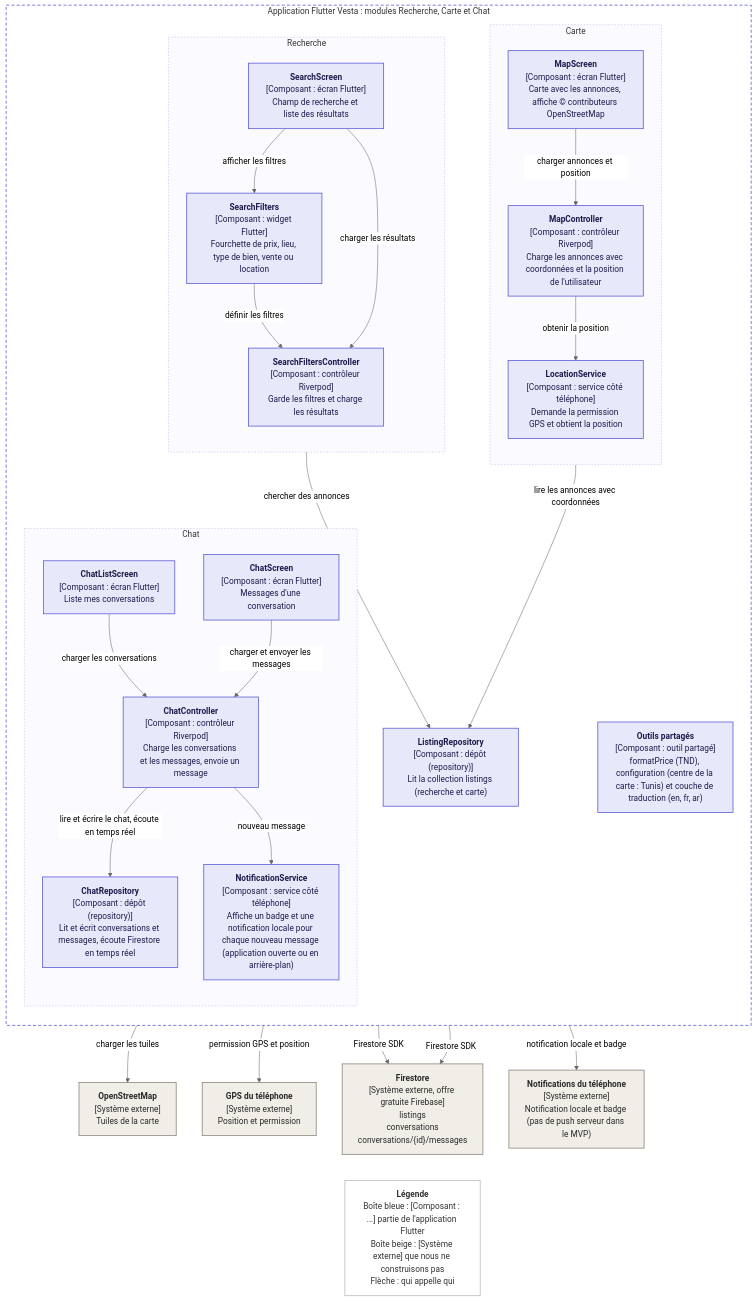
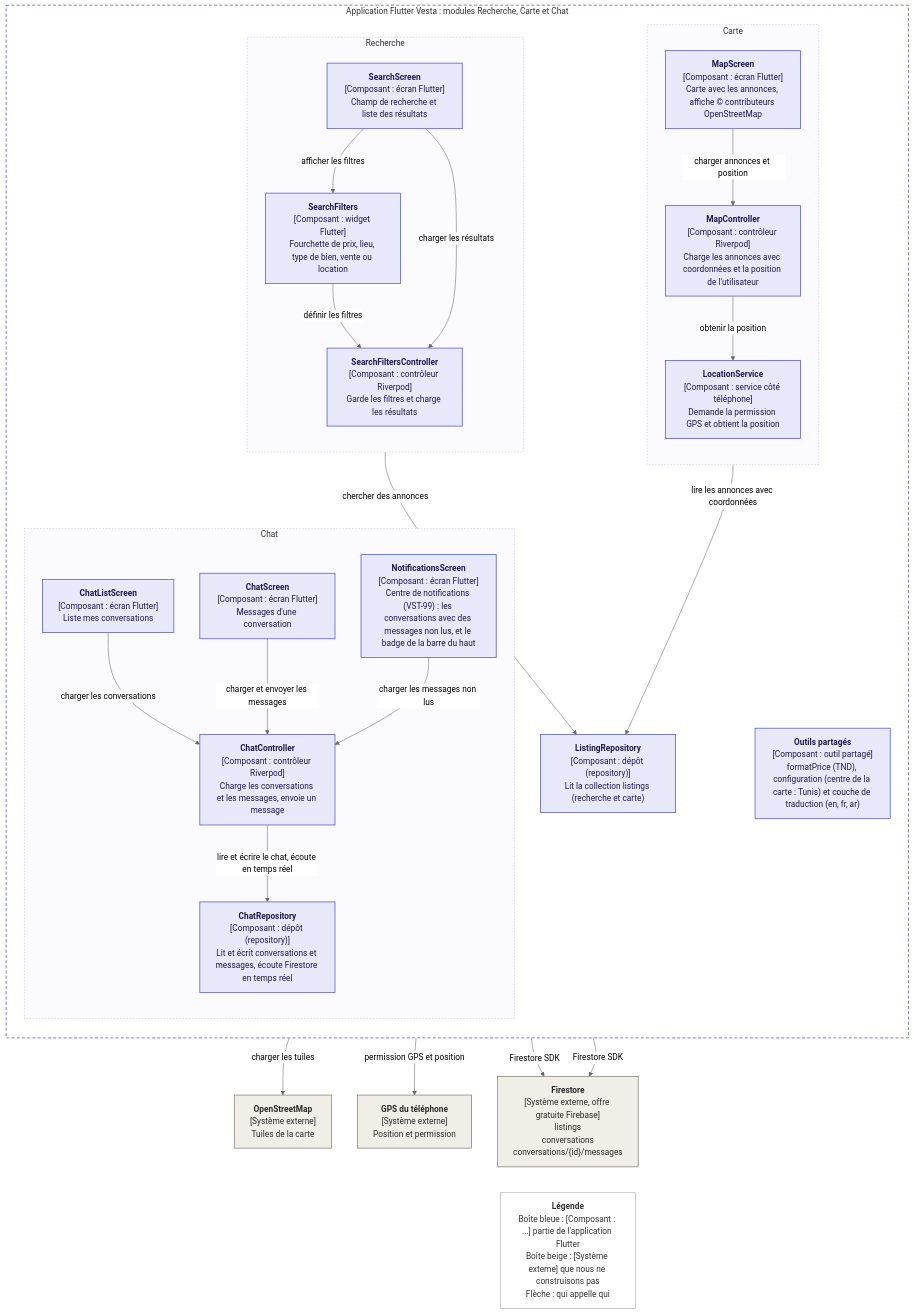
The diagram in docs/c4/level3-search-map-chat.mmd (saadaouiMahmoud55/vesta), drawn with Mermaid (neutral theme) before and after one commit. The commit also changed 5 other files, not shown here.

Commit message:
docs: remplace NotificationService par le centre de notifications réel (VST-99), séquence du message via ChatRepository

```diff
--- a/docs/c4/level3-search-map-chat.mmd
+++ b/docs/c4/level3-search-map-chat.mmd
@@ -1,68 +1,66 @@
 %% C4 niveau 3 : composants Recherche, Carte et Chat de l'application Flutter (VST-29)
 %% Règle : Écran -> Contrôleur -> Dépôt -> Firebase. Un écran ne parle jamais à Firebase directement.
 flowchart TB
   OSM["<b>OpenStreetMap</b><br/>[Système externe]<br/>Tuiles de la carte"]
 
   subgraph APP["Application Flutter Vesta : modules Recherche, Carte et Chat"]
     direction TB
     subgraph MAPM["Carte"]
       direction TB
       MapScreen["<b>MapScreen</b><br/>[Composant : écran Flutter]<br/>Carte avec les annonces, affiche © contributeurs OpenStreetMap"]
       MapC["<b>MapController</b><br/>[Composant : contrôleur Riverpod]<br/>Charge les annonces avec coordonnées et la position de l'utilisateur"]
       Location["<b>LocationService</b><br/>[Composant : service côté téléphone]<br/>Demande la permission GPS et obtient la position"]
     end
     subgraph SEARCHM["Recherche"]
       direction TB
       SearchScreen["<b>SearchScreen</b><br/>[Composant : écran Flutter]<br/>Champ de recherche et liste des résultats"]
       Filters["<b>SearchFilters</b><br/>[Composant : widget Flutter]<br/>Fourchette de prix, lieu, type de bien, vente ou location"]
       SearchC["<b>SearchFiltersController</b><br/>[Composant : contrôleur Riverpod]<br/>Garde les filtres et charge les résultats"]
     end
     subgraph CHATM["Chat"]
       direction TB
       ChatListScreen["<b>ChatListScreen</b><br/>[Composant : écran Flutter]<br/>Liste mes conversations"]
       ChatScreen["<b>ChatScreen</b><br/>[Composant : écran Flutter]<br/>Messages d'une conversation"]
       ChatC["<b>ChatController</b><br/>[Composant : contrôleur Riverpod]<br/>Charge les conversations et les messages, envoie un message"]
       ChatR["<b>ChatRepository</b><br/>[Composant : dépôt (repository)]<br/>Lit et écrit conversations et messages, écoute Firestore en temps réel"]
-      Notif["<b>NotificationService</b><br/>[Composant : service côté téléphone]<br/>Affiche un badge et une notification locale pour chaque nouveau message (application ouverte ou en arrière-plan)"]
+      Notif["<b>NotificationsScreen</b><br/>[Composant : écran Flutter]<br/>Centre de notifications (VST-99) : les conversations avec des messages non lus, et le badge de la barre du haut"]
     end
     ListR["<b>ListingRepository</b><br/>[Composant : dépôt (repository)]<br/>Lit la collection listings (recherche et carte)"]
     Shared["<b>Outils partagés</b><br/>[Composant : outil partagé]<br/>formatPrice (TND), configuration (centre de la carte : Tunis) et couche de traduction (en, fr, ar)"]
   end
 
   GPS["<b>GPS du téléphone</b><br/>[Système externe]<br/>Position et permission"]
   FStore["<b>Firestore</b><br/>[Système externe, offre gratuite Firebase]<br/>listings<br/>conversations<br/>conversations/{id}/messages"]
-  PhoneNotif["<b>Notifications du téléphone</b><br/>[Système externe]<br/>Notification locale et badge (pas de push serveur dans le MVP)"]
 
   Legend["<b>Légende</b><br/>Boîte bleue : [Composant : ...] partie de l'application Flutter<br/>Boîte beige : [Système externe] que nous ne construisons pas<br/>Flèche : qui appelle qui"]
 
   MapScreen -->|"charger les tuiles"| OSM
   MapScreen -->|"charger annonces et position"| MapC
   MapC -->|"obtenir la position"| Location
   SearchScreen -->|"afficher les filtres"| Filters
   Filters -->|"définir les filtres"| SearchC
   SearchScreen -->|"charger les résultats"| SearchC
   ChatListScreen -->|"charger les conversations"| ChatC
   ChatScreen -->|"charger et envoyer les messages"| ChatC
 
   MapC -->|"lire les annonces avec coordonnées"| ListR
   SearchC -->|"chercher des annonces"| ListR
   ChatC -->|"lire et écrire le chat, écoute en temps réel"| ChatR
-  ChatC -->|"nouveau message"| Notif
+  Notif -->|"charger les messages non lus"| ChatC
 
   Location -->|"permission GPS et position"| GPS
   ListR -->|"Firestore SDK"| FStore
   ChatR -->|"Firestore SDK"| FStore
-  Notif -->|"notification locale et badge"| PhoneNotif
 
   FStore ~~~ Legend
 
   classDef component fill:#e8e8fb,stroke:#5b5bd6,stroke-width:1.5px,color:#1c1c4a;
   classDef external fill:#f1eee8,stroke:#8a8578,stroke-width:1.5px,color:#2a2a2a;
   classDef legend fill:#ffffff,stroke:#999999,stroke-width:1px,color:#333333;
   class SearchScreen,MapScreen,ChatListScreen,ChatScreen,Shared,Filters,SearchC,MapC,ChatC,Location,ListR,ChatR,Notif component;
-  class OSM,GPS,FStore,PhoneNotif external;
+  class OSM,GPS,FStore external;
   class Legend legend;
   style APP fill:#ffffff,stroke:#5b5bd6,stroke-width:1.5px,stroke-dasharray:6 4;
   style MAPM fill:#fbfbff,stroke:#b9b9ea,stroke-dasharray:3 3;
   style SEARCHM fill:#fbfbff,stroke:#b9b9ea,stroke-dasharray:3 3;
   style CHATM fill:#fbfbff,stroke:#b9b9ea,stroke-dasharray:3 3;
```
